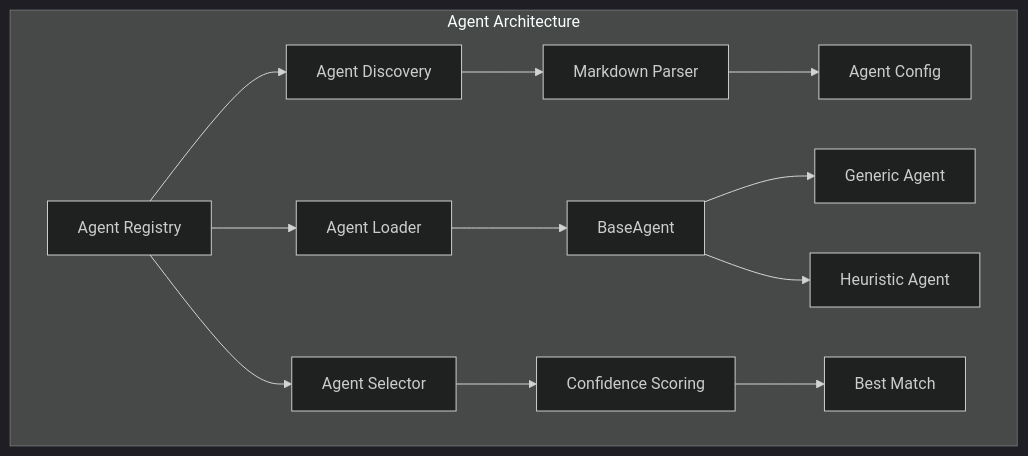
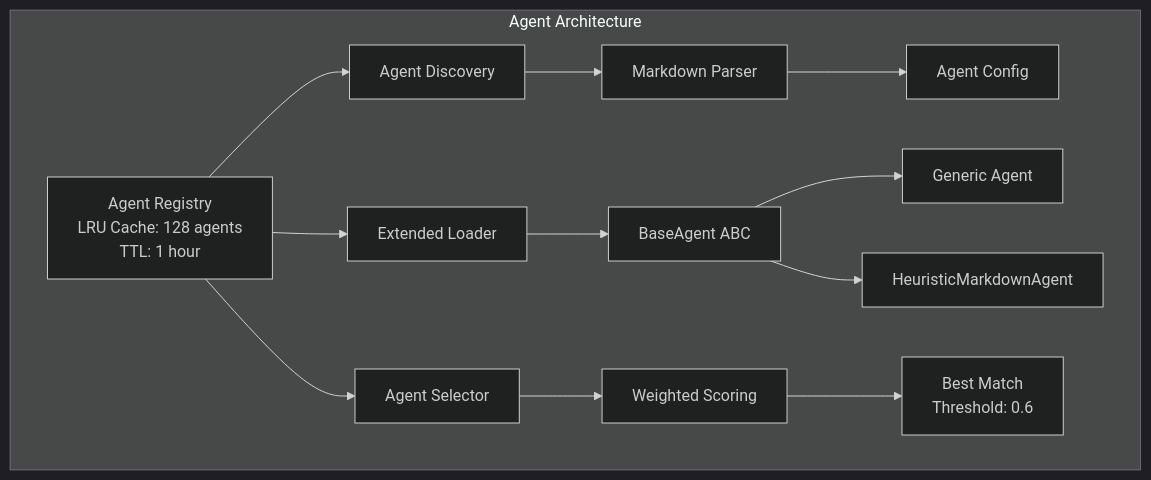
One commit to Tony363/SuperClaude changed the fourth of 15 diagrams in README.md. Above: the diagram before and after it, drawn with Mermaid (dark theme). The commit also changed other lines of this file and 10 other files, not shown here.

````diff
--- a/README.md
+++ b/README.md
@@ -271,20 +204,20 @@
 ```mermaid
 graph TB
     subgraph "Agent Architecture"
-        Registry[Agent Registry]
+        Registry[Agent Registry<br/>LRU Cache: 128 agents<br/>TTL: 1 hour]
 
         Registry --> Discovery[Agent Discovery]
-        Registry --> Loader[Agent Loader]
+        Registry --> Loader[Extended Loader]
         Registry --> Selector[Agent Selector]
 
         Discovery --> MD[Markdown Parser]
         MD --> Config[Agent Config]
 
-        Loader --> Base[BaseAgent]
+        Loader --> Base[BaseAgent ABC]
         Base --> Generic[Generic Agent]
-        Base --> Heuristic[Heuristic Agent]
+        Base --> Heuristic[HeuristicMarkdownAgent]
 
-        Selector --> Scoring[Confidence Scoring]
-        Scoring --> Match[Best Match]
+        Selector --> Scoring[Weighted Scoring]
+        Scoring --> Match[Best Match<br/>Threshold: 0.6]
     end
 ```
````
